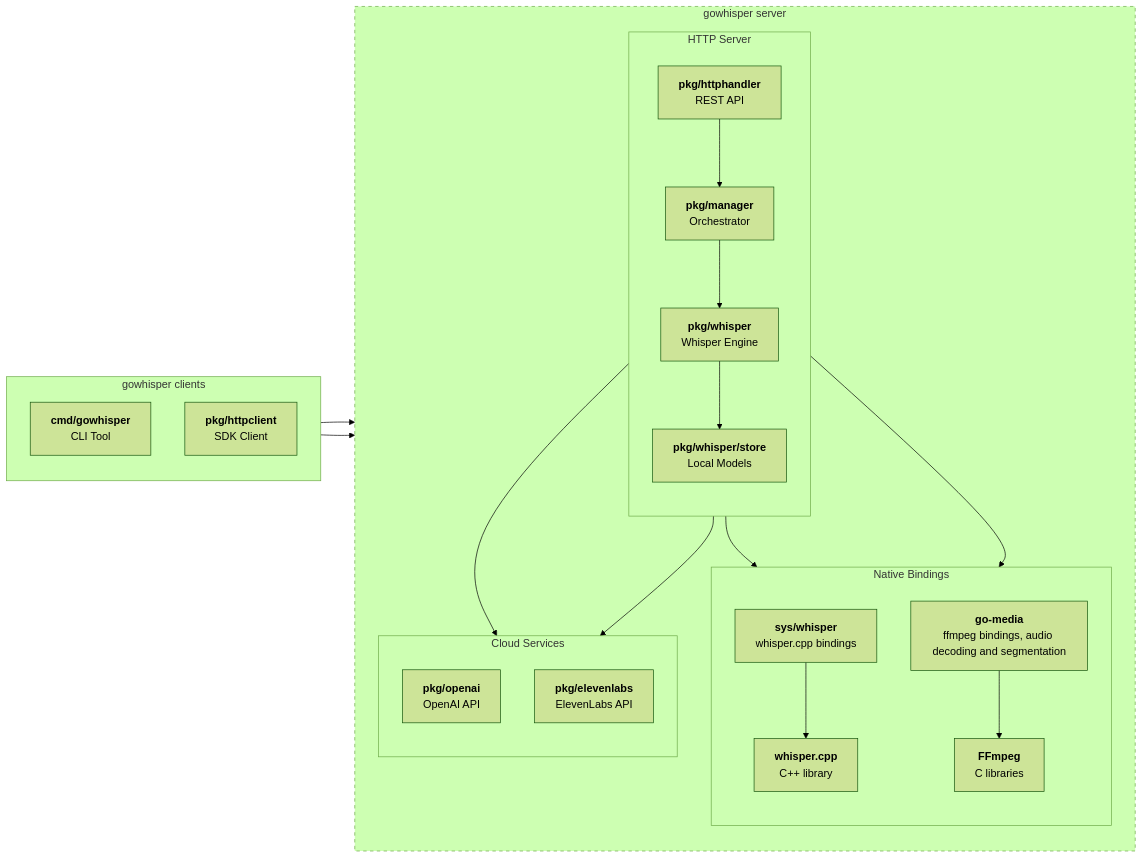
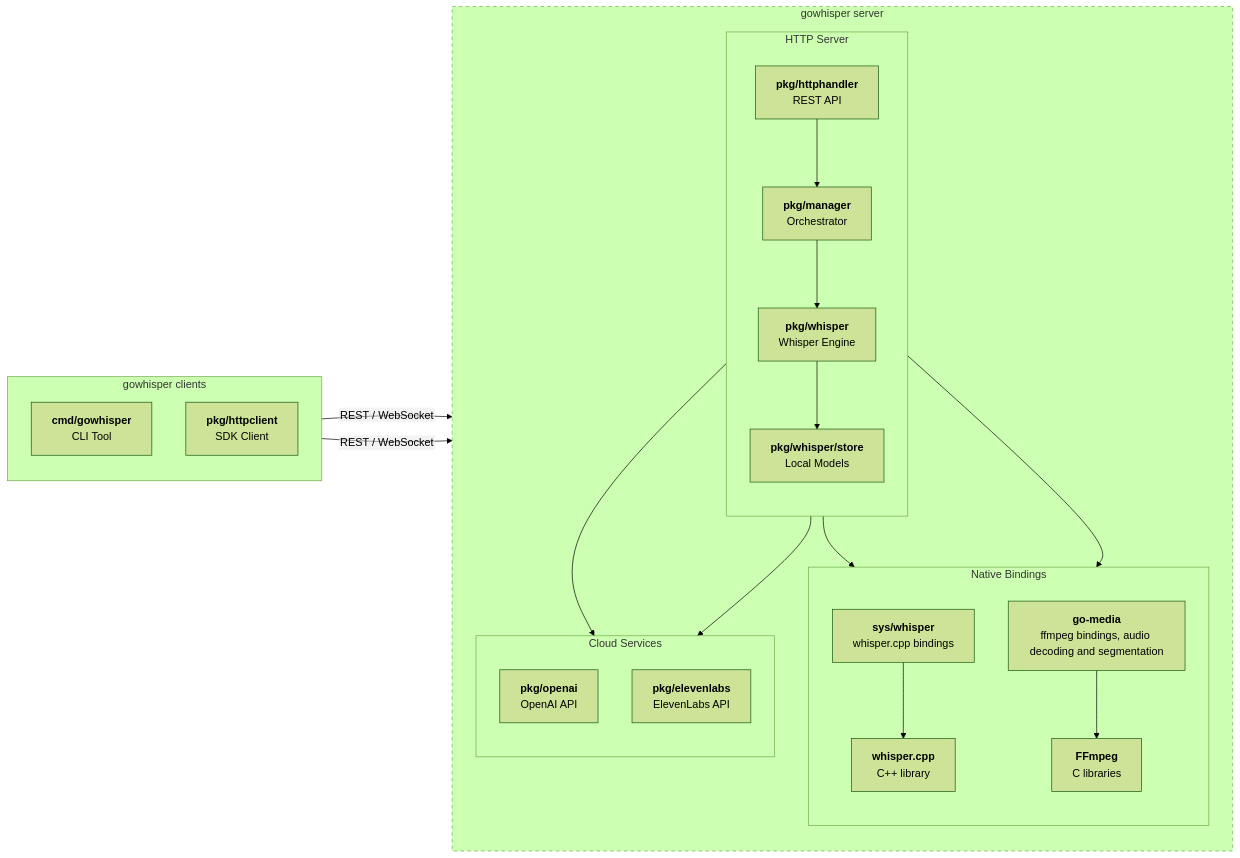
Before and after one commit to mutablelogic/go-whisper: the diagram in README.md, drawn with Mermaid (forest theme). The commit also changed other lines of this file and 1 other file, not shown here.

Commit message:
Add documentation for streaming audio input endpoint
Update README features list and API docs with the WebSocket
streaming transcription protocol, configuration parameters,
and event format.

````diff
--- a/README.md
+++ b/README.md
@@ -125,60 +126,60 @@
 ```mermaid
 %%{init: {"flowchart": {"htmlLabels": false}} }%%
 flowchart LR
     subgraph Client["gowhisper clients"]
         direction TB
         CLI["`**cmd/gowhisper**
         CLI Tool`"]
         SDK["`**pkg/httpclient**
         SDK Client`"]
     end
 
     subgraph Backend["gowhisper server"]
         direction TB
         subgraph Server["HTTP Server"]
             direction TB
             API["`**pkg/httphandler**
             REST API`"]
             Orch["`**pkg/manager**
             Orchestrator`"]
             WS["`**pkg/whisper**
             Whisper Engine`"]
             Models["`**pkg/whisper/store**
             Local Models`"]
         end
 
         subgraph Bindings["Native Bindings"]
             direction TB
             SysWhisper["`**sys/whisper**
             whisper.cpp bindings`"]
             WhisperCpp["`**whisper.cpp**
             C++ library`"]
             GoMedia["`**go-media**
             ffmpeg bindings, audio decoding and segmentation`"]
             FFmpeg["`**FFmpeg**
             C libraries`"]
             SysWhisper --> WhisperCpp
             GoMedia --> FFmpeg
         end
 
         subgraph Cloud["Cloud Services"]
             direction TB
             OpenAI["`**pkg/openai**
             OpenAI API`"]
             ElevenLabs["`**pkg/elevenlabs**
             ElevenLabs API`"]
         end
     end
 
-    CLI --> API
-    SDK --> API
+    CLI -->|REST / WebSocket| API
+    SDK -->|REST / WebSocket| API
     API --> Orch
     Orch --> WS
     WS --> Models
     WS --> SysWhisper
     WS --> GoMedia
     Orch --> OpenAI
     Orch --> ElevenLabs
 
     style Backend stroke-dasharray: 5 5
 ```
````
